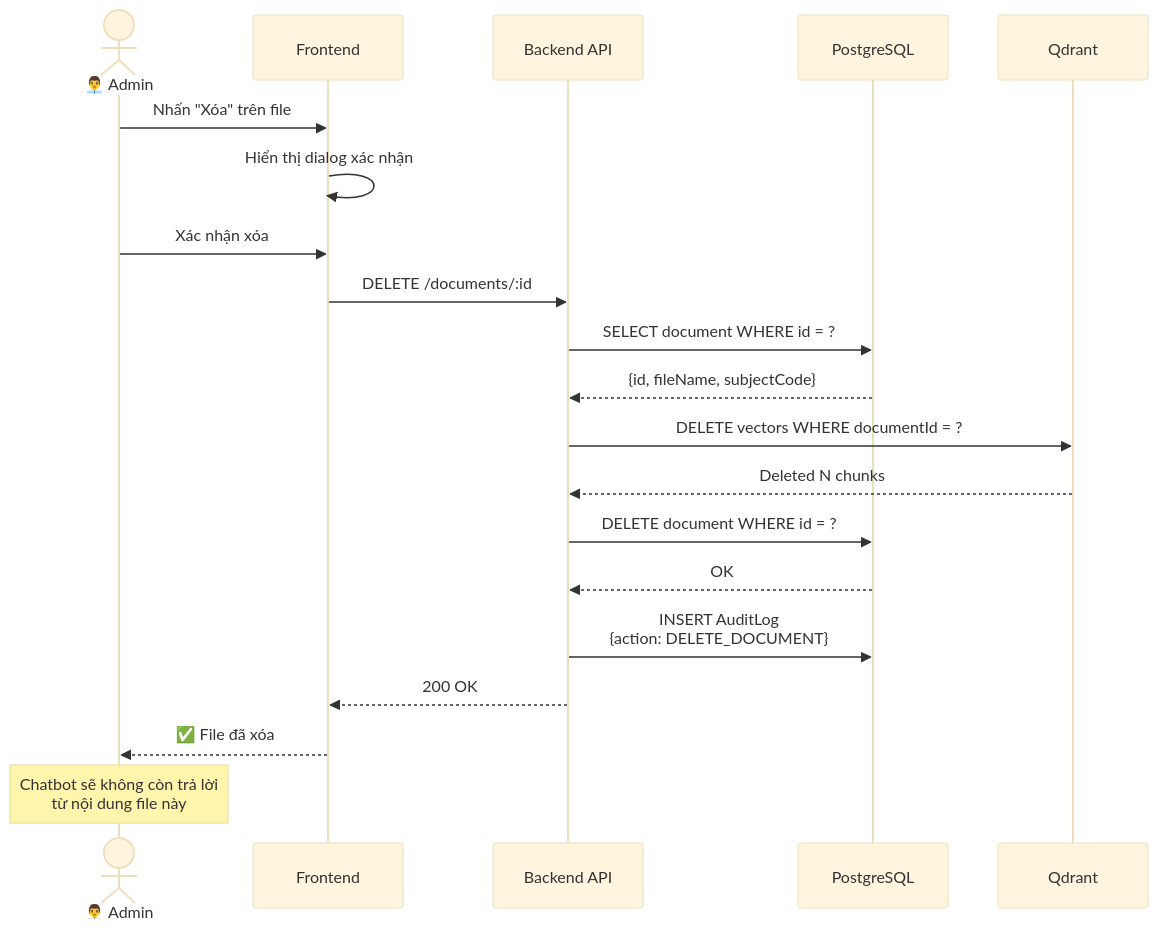
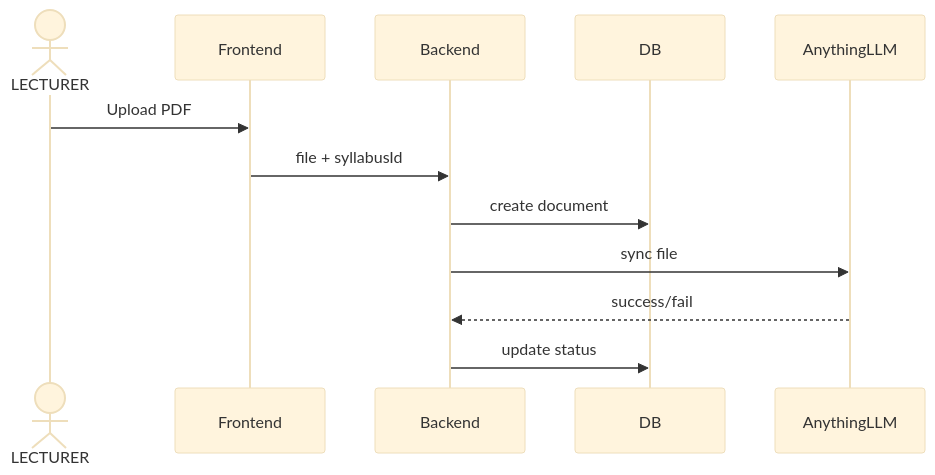
The second of 4 diagrams in docs/srs/docs/sequence_diagrams.md (lgdlong/chatbot-rag-fptu-sdn), drawn with Mermaid (base theme) before and after one commit. The commit also changed other lines of this file and 45 other files, not shown here.

````diff
--- a/docs/srs/docs/sequence_diagrams.md
+++ b/docs/srs/docs/sequence_diagrams.md
@@ -236,29 +26,15 @@
 ```mermaid
 sequenceDiagram
-    actor AD as 👨‍💼 Admin
+    actor LE as LECTURER
     participant FE as Frontend
-    participant BE as Backend API
-    participant DB as PostgreSQL
-    participant QD as Qdrant
+    participant BE as Backend
+    participant DB as DB
+    participant AL as AnythingLLM
 
-    AD->>FE: Nhấn "Xóa" trên file
-    FE->>FE: Hiển thị dialog xác nhận
-    AD->>FE: Xác nhận xóa
-    FE->>BE: DELETE /documents/:id
-    
-    BE->>DB: SELECT document WHERE id = ?
-    DB-->>BE: {id, fileName, subjectCode}
-    
-    BE->>QD: DELETE vectors WHERE documentId = ?
-    QD-->>BE: Deleted N chunks
-    
-    BE->>DB: DELETE document WHERE id = ?
-    DB-->>BE: OK
-    
-    BE->>DB: INSERT AuditLog<br/>{action: DELETE_DOCUMENT}
-    
-    BE-->>FE: 200 OK
-    FE-->>AD: ✅ File đã xóa
-    
-    Note over AD: Chatbot sẽ không còn trả lời<br/>từ nội dung file này
+    LE->>FE: Upload PDF
+    FE->>BE: file + syllabusId
+    BE->>DB: create document
+    BE->>AL: sync file
+    AL-->>BE: success/fail
+    BE->>DB: update status
 ```
````
